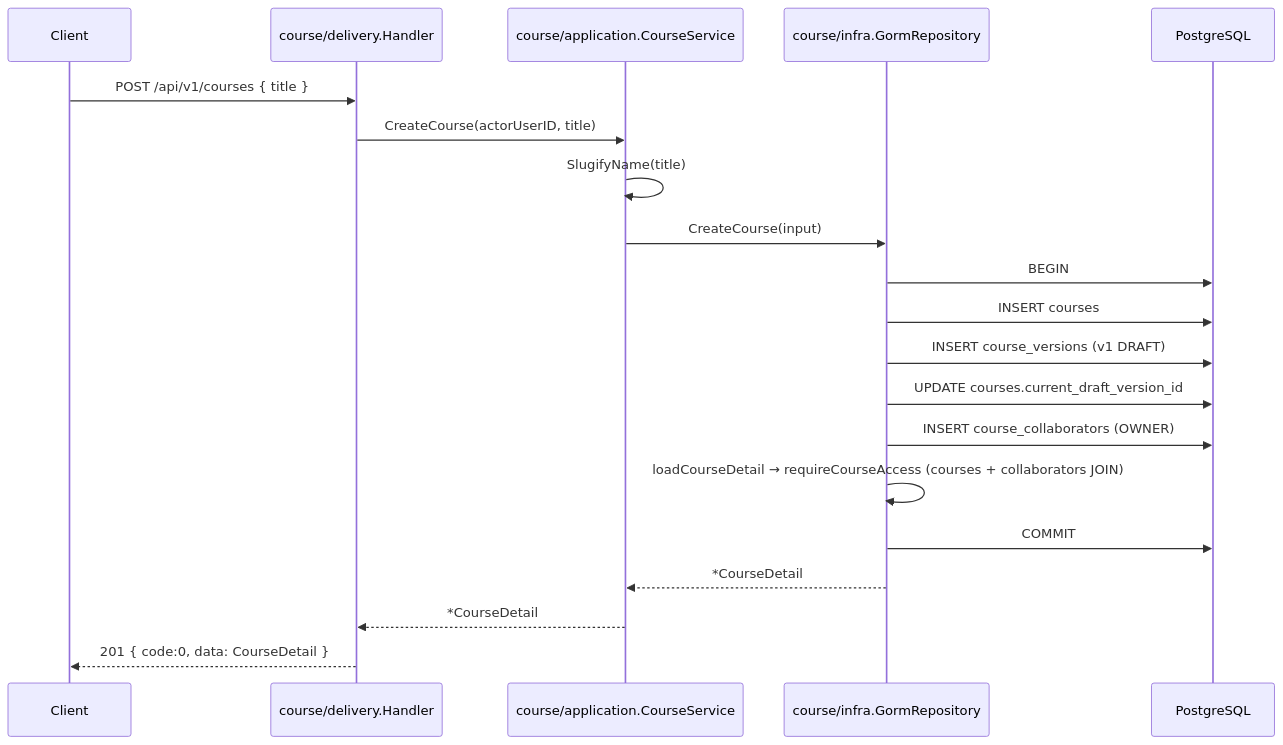
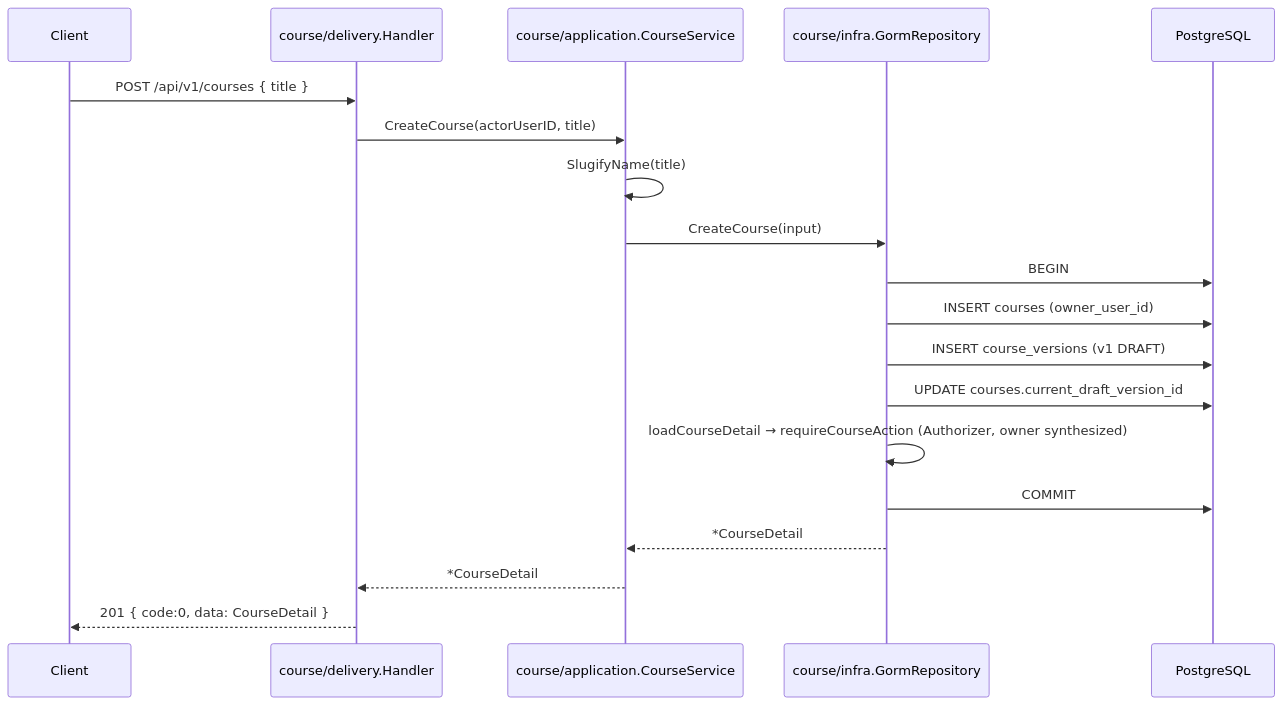
The second of 26 diagrams in docs/sequence_diagrams.md (lkienkle11/be-mycourse), drawn with Mermaid before and after one commit. The commit also changed other lines of this file and 13 other files, not shown here.

````diff
--- a/docs/sequence_diagrams.md
+++ b/docs/sequence_diagrams.md
@@ -89,23 +89,22 @@
 ```mermaid
 sequenceDiagram
     participant C as Client
     participant H as course/delivery.Handler
     participant S as course/application.CourseService
     participant R as course/infra.GormRepository
     participant DB as PostgreSQL
 
     C->>H: POST /api/v1/courses { title }
     H->>S: CreateCourse(actorUserID, title)
     S->>S: SlugifyName(title)
     S->>R: CreateCourse(input)
     R->>DB: BEGIN
-    R->>DB: INSERT courses
+    R->>DB: INSERT courses (owner_user_id)
     R->>DB: INSERT course_versions (v1 DRAFT)
     R->>DB: UPDATE courses.current_draft_version_id
-    R->>DB: INSERT course_collaborators (OWNER)
-    R->>R: loadCourseDetail → requireCourseAccess (courses + collaborators JOIN)
+    R->>R: loadCourseDetail → requireCourseAction (Authorizer, owner synthesized)
     R->>DB: COMMIT
     R-->>S: *CourseDetail
     S-->>H: *CourseDetail
     H-->>C: 201 { code:0, data: CourseDetail }
 ```
````
